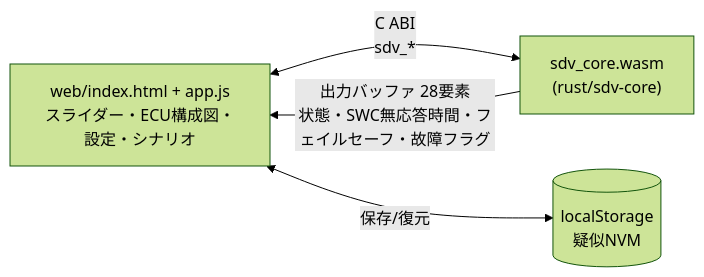
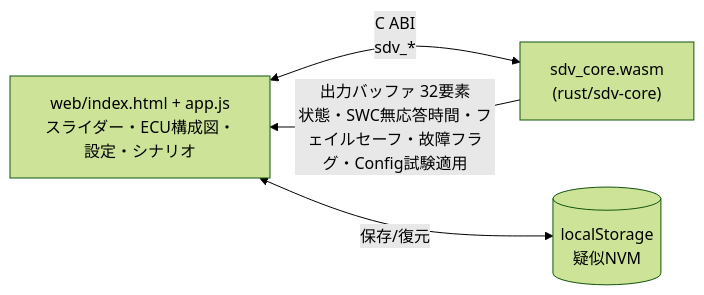
One commit to Hidenori24/SDV changed the seventh of 7 diagrams in docs/design/07_ecu_architecture.md. Above: the diagram before and after it, drawn with Mermaid (forest theme). The commit also changed 23 other files, not shown here.

````diff
--- a/docs/design/07_ecu_architecture.md
+++ b/docs/design/07_ecu_architecture.md
@@ -192,6 +192,6 @@
 ```mermaid
 flowchart LR
     UI["web/index.html + app.js<br/>スライダー・ECU構成図・設定・シナリオ"] <-->|"C ABI<br/>sdv_*"| WASM["sdv_core.wasm<br/>(rust/sdv-core)"]
     UI <-->|"保存/復元"| LS[("localStorage<br/>疑似NVM")]
-    WASM -->|"出力バッファ 28要素<br/>状態・SWC無応答時間・フェイルセーフ・故障フラグ"| UI
+    WASM -->|"出力バッファ 32要素<br/>状態・SWC無応答時間・フェイルセーフ・故障フラグ・Config試験適用"| UI
 ```
````
